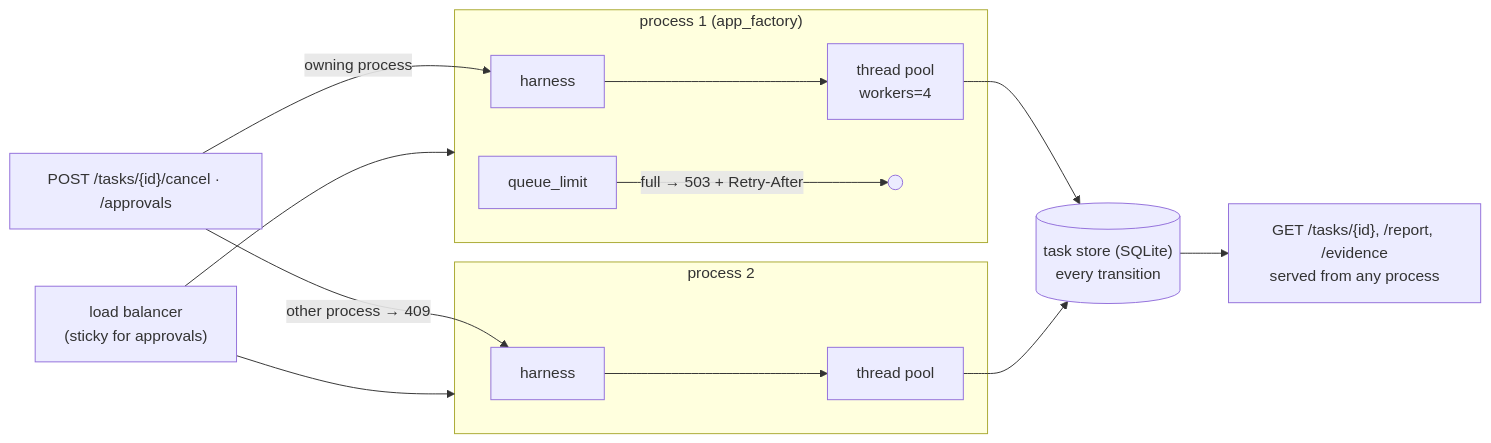
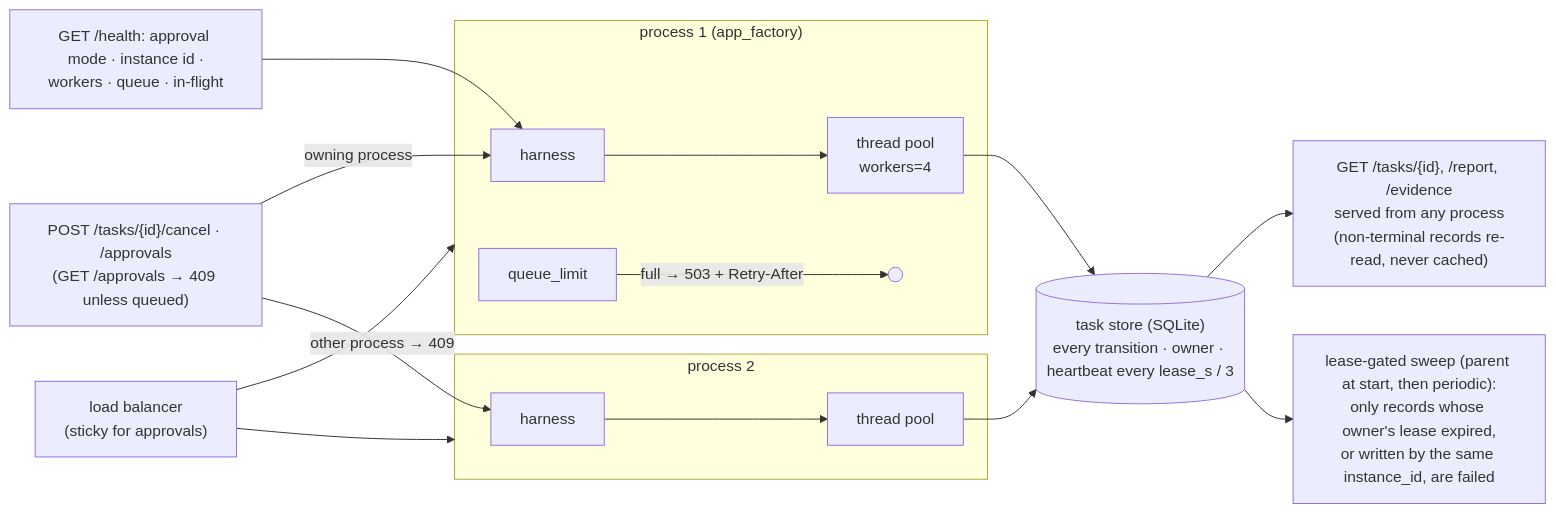
Diagram 30 of 30 in docs/DIAGRAMS.md (AshJha0/agentic-trader), drawn with Mermaid before and after one commit. The commit also changed other lines of this file and 71 other files, not shown here.

````diff
--- a/docs/DIAGRAMS.md
+++ b/docs/DIAGRAMS.md
@@ -814,17 +840,19 @@
 ```mermaid
 flowchart LR
     LB["load balancer<br/>(sticky for approvals)"] --> P1
     LB --> P2
     subgraph P1["process 1 (app_factory)"]
         H1["harness"] --> POOL1["thread pool<br/>workers=4"]
         Q1["queue_limit"] -->|"full → 503 + Retry-After"| X1((" "))
     end
     subgraph P2["process 2"]
         H2["harness"] --> POOL2["thread pool"]
     end
-    POOL1 --> DB[("task store (SQLite)<br/>every transition")]
+    POOL1 --> DB[("task store (SQLite)<br/>every transition · owner · heartbeat every lease_s / 3")]
     POOL2 --> DB
-    DB --> R1["GET /tasks/{id}, /report, /evidence<br/>served from any process"]
-    C["POST /tasks/{id}/cancel · /approvals"] -->|"owning process"| H1
+    DB --> R1["GET /tasks/{id}, /report, /evidence<br/>served from any process<br/>(non-terminal records re-read, never cached)"]
+    DB --> SW["lease-gated sweep (parent at start, then periodic):<br/>only records whose owner's lease expired,<br/>or written by the same instance_id, are failed"]
+    C["POST /tasks/{id}/cancel · /approvals<br/>(GET /approvals → 409 unless queued)"] -->|"owning process"| H1
     C -->|"other process → 409"| H2
+    HL["GET /health: approval mode · instance id ·<br/>workers · queue · in-flight"] --> H1
 ```
````
